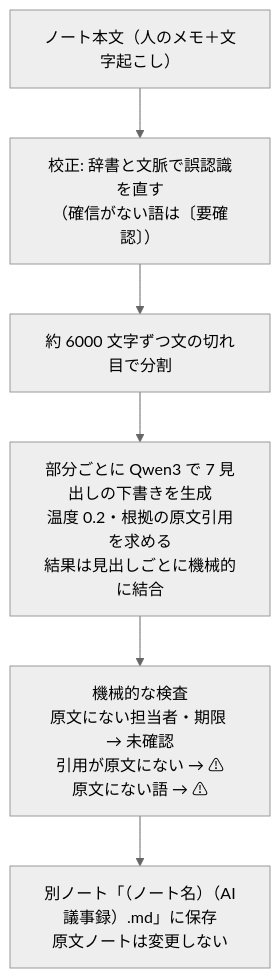
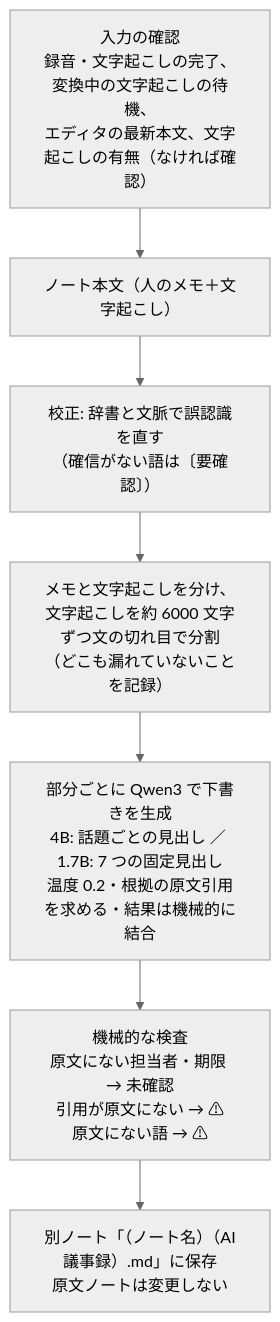
One commit to pepemaru-bot/FloatingMemo changed the third of 3 diagrams in README.md. Above: the diagram before and after it, drawn with Mermaid (neutral theme). The commit also changed other lines of this file and 29 other files, not shown here.

````diff
--- a/README.md
+++ b/README.md
@@ -300,8 +300,9 @@
 ```mermaid
 flowchart TD
+    Z["入力の確認<br/>録音・文字起こしの完了、変換中の文字起こしの待機、<br/>エディタの最新本文、文字起こしの有無（なければ確認）"] --> A
     A["ノート本文（人のメモ＋文字起こし）"] --> B["校正: 辞書と文脈で誤認識を直す<br/>（確信がない語は〔要確認〕）"]
-    B --> C["約 6000 文字ずつ文の切れ目で分割"]
-    C --> D["部分ごとに Qwen3 で 7 見出しの下書きを生成<br/>温度 0.2・根拠の原文引用を求める<br/>結果は見出しごとに機械的に結合"]
+    B --> C["メモと文字起こしを分け、文字起こしを約 6000 文字ずつ文の切れ目で分割<br/>（どこも漏れていないことを記録）"]
+    C --> D["部分ごとに Qwen3 で下書きを生成<br/>4B: 話題ごとの見出し ／ 1.7B: 7 つの固定見出し<br/>温度 0.2・根拠の原文引用を求める・結果は機械的に結合"]
     D --> E["機械的な検査<br/>原文にない担当者・期限 → 未確認<br/>引用が原文にない → ⚠<br/>原文にない語 → ⚠"]
     E --> F["別ノート「（ノート名）（AI議事録）.md」に保存<br/>原文ノートは変更しない"]
 ```
````
